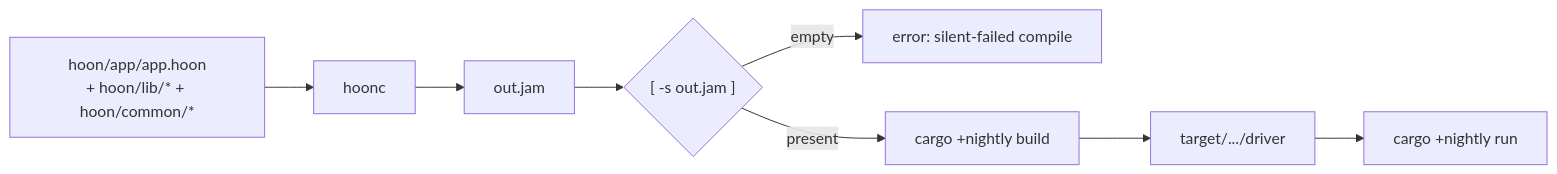
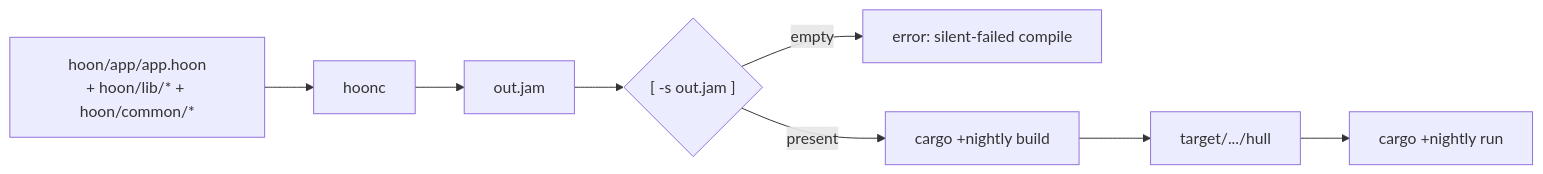
Before and after one commit to zkvesl/docs: the diagram in docs/build/build-run.md, drawn with Mermaid. The commit also changed other lines of this file and 7 other files, not shown here.

````diff
--- a/docs/build/build-run.md
+++ b/docs/build/build-run.md
@@ -11,14 +11,14 @@
 ```mermaid
 flowchart LR
     src["hoon/app/app.hoon<br/>+ hoon/lib/* + hoon/common/*"]
     hoonc["hoonc"]
     jam["out.jam"]
     check{"[ -s out.jam ]"}
     fail["error: silent-failed compile"]
     cargo["cargo +nightly build"]
-    bin["target/.../driver"]
+    bin["target/.../hull"]
     run["cargo +nightly run"]
     src --> hoonc --> jam --> check
     check -->|empty| fail
     check -->|present| cargo --> bin --> run
 ```
````
